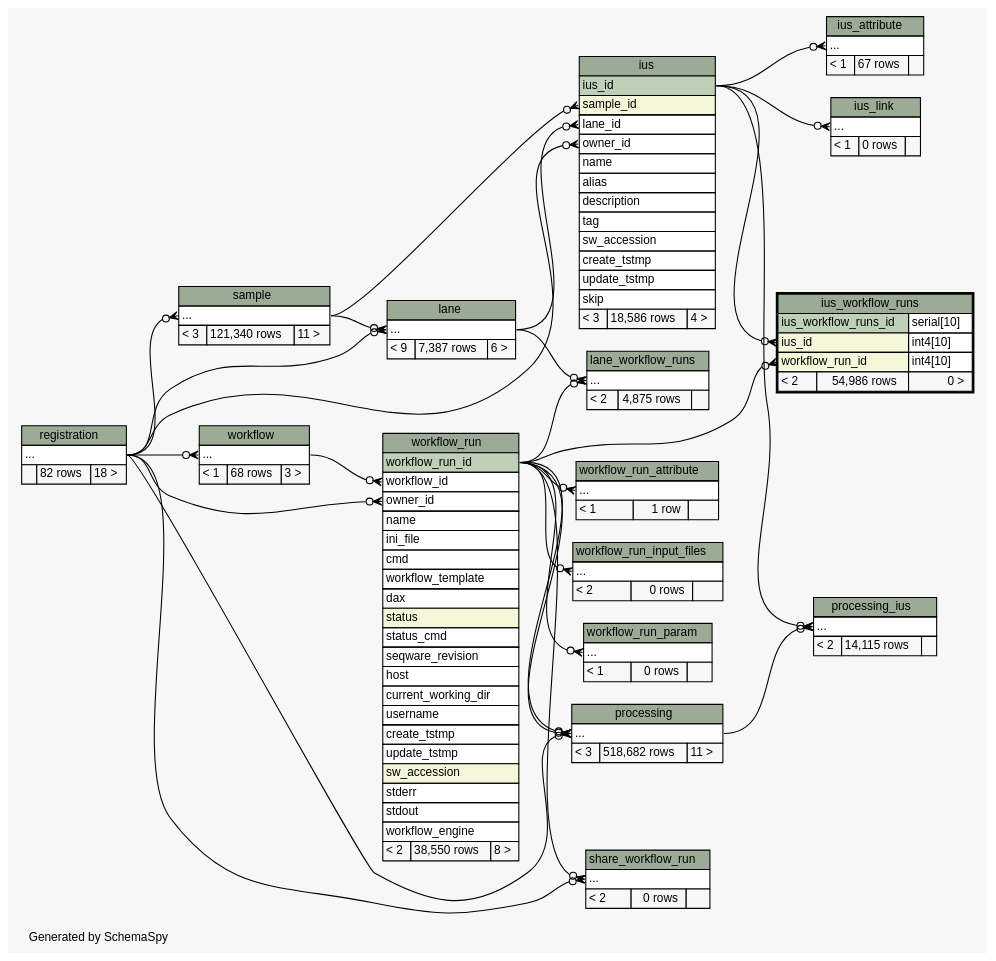
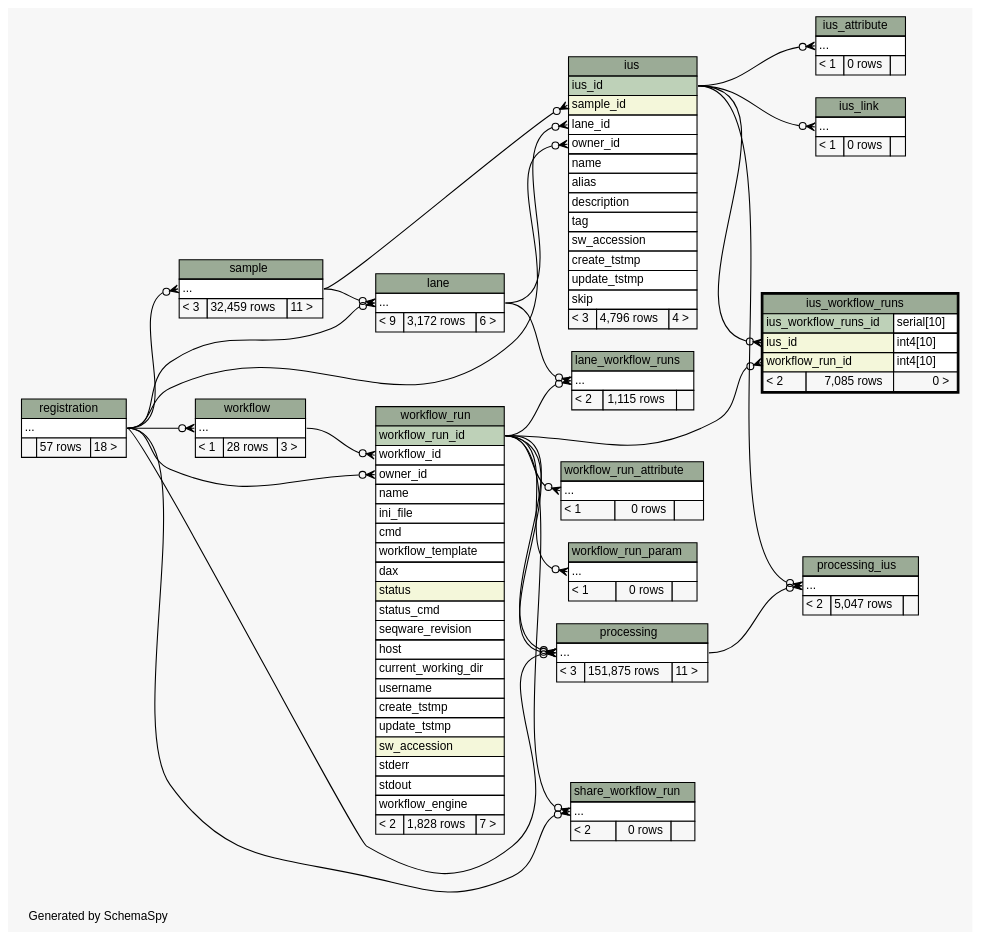
Before and after one commit to SeqWare/seqware.github.com: the diagram in metadb-schema/diagrams/ius_workflow_runs.2degrees.dot, drawn with Graphviz. The commit also changed 376 other files, not shown here.

```diff
--- a/metadb-schema/diagrams/ius_workflow_runs.2degrees.dot
+++ b/metadb-schema/diagrams/ius_workflow_runs.2degrees.dot
@@ -1,4 +1,4 @@
-// dot 2.26.3 on Linux 3.5.0-47-generic
+// dot 2.32.0 on Mac OS X 10.8.3
 // SchemaSpy rev 590
 digraph "twoDegreesRelationshipsDiagram" {
   graph [
@@ -42,7 +42,6 @@
   "workflow_run":"owner_id":w -> "registration":"elipses":e [arrowhead=none dir=back arrowtail=crowodot];
   "workflow_run":"workflow_id":w -> "workflow":"elipses":e [arrowhead=none dir=back arrowtail=crowodot];
   "workflow_run_attribute":"elipses":w -> "workflow_run":"workflow_run_id":e [arrowhead=none dir=back arrowtail=crowodot];
-  "workflow_run_input_files":"elipses":w -> "workflow_run":"workflow_run_id":e [arrowhead=none dir=back arrowtail=crowodot];
   "workflow_run_param":"elipses":w -> "workflow_run":"workflow_run_id":e [arrowhead=none dir=back arrowtail=crowodot];
   "ius" [
     label=<
@@ -60,7 +59,7 @@
       <TR><TD PORT="create_tstmp" COLSPAN="3" ALIGN="LEFT">create_tstmp</TD></TR>
       <TR><TD PORT="update_tstmp" COLSPAN="3" ALIGN="LEFT">update_tstmp</TD></TR>
       <TR><TD PORT="skip" COLSPAN="3" ALIGN="LEFT">skip</TD></TR>
-      <TR><TD ALIGN="LEFT" BGCOLOR="#f7f7f7">&lt; 3</TD><TD ALIGN="RIGHT" BGCOLOR="#f7f7f7">18,586 rows</TD><TD ALIGN="RIGHT" BGCOLOR="#f7f7f7">4 &gt;</TD></TR>
+      <TR><TD ALIGN="LEFT" BGCOLOR="#f7f7f7">&lt; 3</TD><TD ALIGN="RIGHT" BGCOLOR="#f7f7f7">4,796 rows</TD><TD ALIGN="RIGHT" BGCOLOR="#f7f7f7">4 &gt;</TD></TR>
     </TABLE>>
     URL="ius.html"
     tooltip="ius"
@@ -70,7 +69,7 @@
     <TABLE BORDER="0" CELLBORDER="1" CELLSPACING="0" BGCOLOR="#ffffff">
       <TR><TD COLSPAN="3" BGCOLOR="#9bab96" ALIGN="CENTER">ius_attribute</TD></TR>
       <TR><TD PORT="elipses" COLSPAN="3" ALIGN="LEFT">...</TD></TR>
-      <TR><TD ALIGN="LEFT" BGCOLOR="#f7f7f7">&lt; 1</TD><TD ALIGN="RIGHT" BGCOLOR="#f7f7f7">67 rows</TD><TD ALIGN="RIGHT" BGCOLOR="#f7f7f7">  </TD></TR>
+      <TR><TD ALIGN="LEFT" BGCOLOR="#f7f7f7">&lt; 1</TD><TD ALIGN="RIGHT" BGCOLOR="#f7f7f7">0 rows</TD><TD ALIGN="RIGHT" BGCOLOR="#f7f7f7">  </TD></TR>
     </TABLE>>
     URL="ius_attribute.html"
     tooltip="ius_attribute"
@@ -92,7 +91,7 @@
       <TR><TD PORT="ius_workflow_runs_id" COLSPAN="2" BGCOLOR="#bed1b8" ALIGN="LEFT">ius_workflow_runs_id</TD><TD PORT="ius_workflow_runs_id.type" ALIGN="LEFT">serial[10]</TD></TR>
       <TR><TD PORT="ius_id" COLSPAN="2" BGCOLOR="#f4f7da" ALIGN="LEFT">ius_id</TD><TD PORT="ius_id.type" ALIGN="LEFT">int4[10]</TD></TR>
       <TR><TD PORT="workflow_run_id" COLSPAN="2" BGCOLOR="#f4f7da" ALIGN="LEFT">workflow_run_id</TD><TD PORT="workflow_run_id.type" ALIGN="LEFT">int4[10]</TD></TR>
-      <TR><TD ALIGN="LEFT" BGCOLOR="#f7f7f7">&lt; 2</TD><TD ALIGN="RIGHT" BGCOLOR="#f7f7f7">54,986 rows</TD><TD ALIGN="RIGHT" BGCOLOR="#f7f7f7">0 &gt;</TD></TR>
+      <TR><TD ALIGN="LEFT" BGCOLOR="#f7f7f7">&lt; 2</TD><TD ALIGN="RIGHT" BGCOLOR="#f7f7f7">7,085 rows</TD><TD ALIGN="RIGHT" BGCOLOR="#f7f7f7">0 &gt;</TD></TR>
     </TABLE>>
     URL="ius_workflow_runs.html"
     tooltip="ius_workflow_runs"
@@ -102,7 +101,7 @@
     <TABLE BORDER="0" CELLBORDER="1" CELLSPACING="0" BGCOLOR="#ffffff">
       <TR><TD COLSPAN="3" BGCOLOR="#9bab96" ALIGN="CENTER">lane</TD></TR>
       <TR><TD PORT="elipses" COLSPAN="3" ALIGN="LEFT">...</TD></TR>
-      <TR><TD ALIGN="LEFT" BGCOLOR="#f7f7f7">&lt; 9</TD><TD ALIGN="RIGHT" BGCOLOR="#f7f7f7">7,387 rows</TD><TD ALIGN="RIGHT" BGCOLOR="#f7f7f7">6 &gt;</TD></TR>
+      <TR><TD ALIGN="LEFT" BGCOLOR="#f7f7f7">&lt; 9</TD><TD ALIGN="RIGHT" BGCOLOR="#f7f7f7">3,172 rows</TD><TD ALIGN="RIGHT" BGCOLOR="#f7f7f7">6 &gt;</TD></TR>
     </TABLE>>
     URL="lane.html"
     tooltip="lane"
@@ -112,7 +111,7 @@
     <TABLE BORDER="0" CELLBORDER="1" CELLSPACING="0" BGCOLOR="#ffffff">
       <TR><TD COLSPAN="3" BGCOLOR="#9bab96" ALIGN="CENTER">lane_workflow_runs</TD></TR>
       <TR><TD PORT="elipses" COLSPAN="3" ALIGN="LEFT">...</TD></TR>
-      <TR><TD ALIGN="LEFT" BGCOLOR="#f7f7f7">&lt; 2</TD><TD ALIGN="RIGHT" BGCOLOR="#f7f7f7">4,875 rows</TD><TD ALIGN="RIGHT" BGCOLOR="#f7f7f7">  </TD></TR>
+      <TR><TD ALIGN="LEFT" BGCOLOR="#f7f7f7">&lt; 2</TD><TD ALIGN="RIGHT" BGCOLOR="#f7f7f7">1,115 rows</TD><TD ALIGN="RIGHT" BGCOLOR="#f7f7f7">  </TD></TR>
     </TABLE>>
     URL="lane_workflow_runs.html"
     tooltip="lane_workflow_runs"
@@ -122,7 +121,7 @@
     <TABLE BORDER="0" CELLBORDER="1" CELLSPACING="0" BGCOLOR="#ffffff">
       <TR><TD COLSPAN="3" BGCOLOR="#9bab96" ALIGN="CENTER">processing</TD></TR>
       <TR><TD PORT="elipses" COLSPAN="3" ALIGN="LEFT">...</TD></TR>
-      <TR><TD ALIGN="LEFT" BGCOLOR="#f7f7f7">&lt; 3</TD><TD ALIGN="RIGHT" BGCOLOR="#f7f7f7">518,682 rows</TD><TD ALIGN="RIGHT" BGCOLOR="#f7f7f7">11 &gt;</TD></TR>
+      <TR><TD ALIGN="LEFT" BGCOLOR="#f7f7f7">&lt; 3</TD><TD ALIGN="RIGHT" BGCOLOR="#f7f7f7">151,875 rows</TD><TD ALIGN="RIGHT" BGCOLOR="#f7f7f7">11 &gt;</TD></TR>
     </TABLE>>
     URL="processing.html"
     tooltip="processing"
@@ -132,7 +131,7 @@
     <TABLE BORDER="0" CELLBORDER="1" CELLSPACING="0" BGCOLOR="#ffffff">
       <TR><TD COLSPAN="3" BGCOLOR="#9bab96" ALIGN="CENTER">processing_ius</TD></TR>
       <TR><TD PORT="elipses" COLSPAN="3" ALIGN="LEFT">...</TD></TR>
-      <TR><TD ALIGN="LEFT" BGCOLOR="#f7f7f7">&lt; 2</TD><TD ALIGN="RIGHT" BGCOLOR="#f7f7f7">14,115 rows</TD><TD ALIGN="RIGHT" BGCOLOR="#f7f7f7">  </TD></TR>
+      <TR><TD ALIGN="LEFT" BGCOLOR="#f7f7f7">&lt; 2</TD><TD ALIGN="RIGHT" BGCOLOR="#f7f7f7">5,047 rows</TD><TD ALIGN="RIGHT" BGCOLOR="#f7f7f7">  </TD></TR>
     </TABLE>>
     URL="processing_ius.html"
     tooltip="processing_ius"
@@ -142,7 +141,7 @@
     <TABLE BORDER="0" CELLBORDER="1" CELLSPACING="0" BGCOLOR="#ffffff">
       <TR><TD COLSPAN="3" BGCOLOR="#9bab96" ALIGN="CENTER">registration</TD></TR>
       <TR><TD PORT="elipses" COLSPAN="3" ALIGN="LEFT">...</TD></TR>
-      <TR><TD ALIGN="LEFT" BGCOLOR="#f7f7f7">  </TD><TD ALIGN="RIGHT" BGCOLOR="#f7f7f7">82 rows</TD><TD ALIGN="RIGHT" BGCOLOR="#f7f7f7">18 &gt;</TD></TR>
+      <TR><TD ALIGN="LEFT" BGCOLOR="#f7f7f7">  </TD><TD ALIGN="RIGHT" BGCOLOR="#f7f7f7">57 rows</TD><TD ALIGN="RIGHT" BGCOLOR="#f7f7f7">18 &gt;</TD></TR>
     </TABLE>>
     URL="registration.html"
     tooltip="registration"
@@ -152,7 +151,7 @@
     <TABLE BORDER="0" CELLBORDER="1" CELLSPACING="0" BGCOLOR="#ffffff">
       <TR><TD COLSPAN="3" BGCOLOR="#9bab96" ALIGN="CENTER">sample</TD></TR>
       <TR><TD PORT="elipses" COLSPAN="3" ALIGN="LEFT">...</TD></TR>
-      <TR><TD ALIGN="LEFT" BGCOLOR="#f7f7f7">&lt; 3</TD><TD ALIGN="RIGHT" BGCOLOR="#f7f7f7">121,340 rows</TD><TD ALIGN="RIGHT" BGCOLOR="#f7f7f7">11 &gt;</TD></TR>
+      <TR><TD ALIGN="LEFT" BGCOLOR="#f7f7f7">&lt; 3</TD><TD ALIGN="RIGHT" BGCOLOR="#f7f7f7">32,459 rows</TD><TD ALIGN="RIGHT" BGCOLOR="#f7f7f7">11 &gt;</TD></TR>
     </TABLE>>
     URL="sample.html"
     tooltip="sample"
@@ -172,7 +171,7 @@
     <TABLE BORDER="0" CELLBORDER="1" CELLSPACING="0" BGCOLOR="#ffffff">
       <TR><TD COLSPAN="3" BGCOLOR="#9bab96" ALIGN="CENTER">workflow</TD></TR>
       <TR><TD PORT="elipses" COLSPAN="3" ALIGN="LEFT">...</TD></TR>
-      <TR><TD ALIGN="LEFT" BGCOLOR="#f7f7f7">&lt; 1</TD><TD ALIGN="RIGHT" BGCOLOR="#f7f7f7">68 rows</TD><TD ALIGN="RIGHT" BGCOLOR="#f7f7f7">3 &gt;</TD></TR>
+      <TR><TD ALIGN="LEFT" BGCOLOR="#f7f7f7">&lt; 1</TD><TD ALIGN="RIGHT" BGCOLOR="#f7f7f7">28 rows</TD><TD ALIGN="RIGHT" BGCOLOR="#f7f7f7">3 &gt;</TD></TR>
     </TABLE>>
     URL="workflow.html"
     tooltip="workflow"
@@ -201,7 +200,7 @@
       <TR><TD PORT="stderr" COLSPAN="3" ALIGN="LEFT">stderr</TD></TR>
       <TR><TD PORT="stdout" COLSPAN="3" ALIGN="LEFT">stdout</TD></TR>
       <TR><TD PORT="workflow_engine" COLSPAN="3" ALIGN="LEFT">workflow_engine</TD></TR>
-      <TR><TD ALIGN="LEFT" BGCOLOR="#f7f7f7">&lt; 2</TD><TD ALIGN="RIGHT" BGCOLOR="#f7f7f7">38,550 rows</TD><TD ALIGN="RIGHT" BGCOLOR="#f7f7f7">8 &gt;</TD></TR>
+      <TR><TD ALIGN="LEFT" BGCOLOR="#f7f7f7">&lt; 2</TD><TD ALIGN="RIGHT" BGCOLOR="#f7f7f7">1,828 rows</TD><TD ALIGN="RIGHT" BGCOLOR="#f7f7f7">7 &gt;</TD></TR>
     </TABLE>>
     URL="workflow_run.html"
     tooltip="workflow_run"
@@ -211,20 +210,10 @@
     <TABLE BORDER="0" CELLBORDER="1" CELLSPACING="0" BGCOLOR="#ffffff">
       <TR><TD COLSPAN="3" BGCOLOR="#9bab96" ALIGN="CENTER">workflow_run_attribute</TD></TR>
       <TR><TD PORT="elipses" COLSPAN="3" ALIGN="LEFT">...</TD></TR>
-      <TR><TD ALIGN="LEFT" BGCOLOR="#f7f7f7">&lt; 1</TD><TD ALIGN="RIGHT" BGCOLOR="#f7f7f7">1 row</TD><TD ALIGN="RIGHT" BGCOLOR="#f7f7f7">  </TD></TR>
+      <TR><TD ALIGN="LEFT" BGCOLOR="#f7f7f7">&lt; 1</TD><TD ALIGN="RIGHT" BGCOLOR="#f7f7f7">0 rows</TD><TD ALIGN="RIGHT" BGCOLOR="#f7f7f7">  </TD></TR>
     </TABLE>>
     URL="workflow_run_attribute.html"
     tooltip="workflow_run_attribute"
-  ];
-  "workflow_run_input_files" [
-    label=<
-    <TABLE BORDER="0" CELLBORDER="1" CELLSPACING="0" BGCOLOR="#ffffff">
-      <TR><TD COLSPAN="3" BGCOLOR="#9bab96" ALIGN="CENTER">workflow_run_input_files</TD></TR>
-      <TR><TD PORT="elipses" COLSPAN="3" ALIGN="LEFT">...</TD></TR>
-      <TR><TD ALIGN="LEFT" BGCOLOR="#f7f7f7">&lt; 2</TD><TD ALIGN="RIGHT" BGCOLOR="#f7f7f7">0 rows</TD><TD ALIGN="RIGHT" BGCOLOR="#f7f7f7">  </TD></TR>
-    </TABLE>>
-    URL="workflow_run_input_files.html"
-    tooltip="workflow_run_input_files"
   ];
   "workflow_run_param" [
     label=<
```
